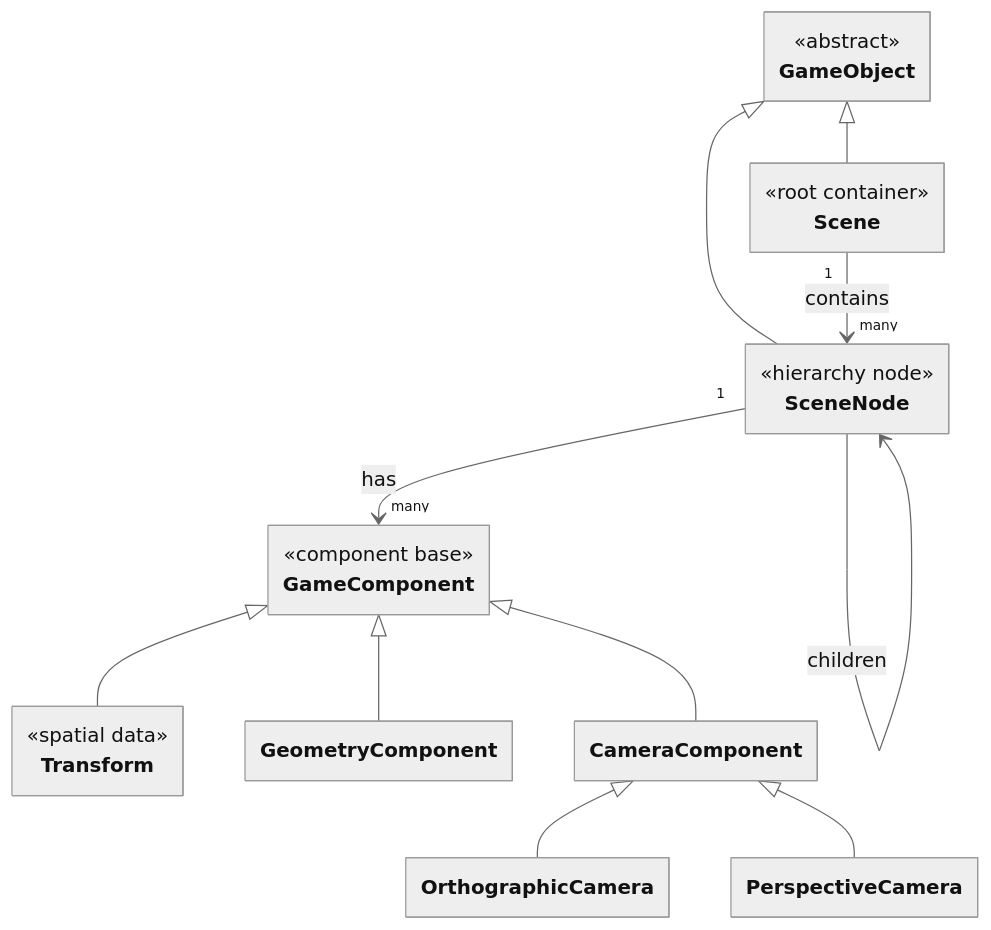
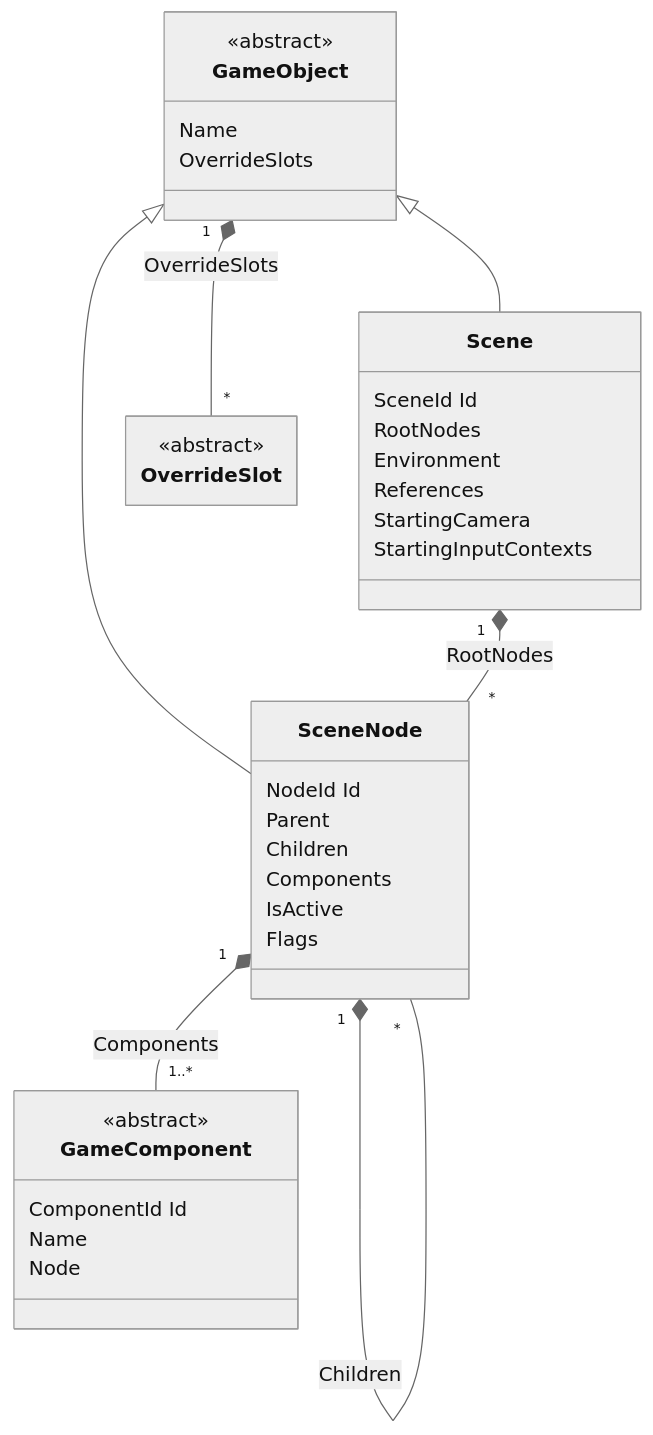
Before and after one commit to abdes/DroidNet: the second of 7 diagrams in projects/Oxygen.Editor.World/README.md, drawn with Mermaid (neutral theme). The commit also changed other lines of this file and 423 other files, not shown here.

````diff
--- a/projects/Oxygen.Editor.World/README.md
+++ b/projects/Oxygen.Editor.World/README.md
@@ -56,44 +70,47 @@
 ```mermaid
 ---
 config:
   class:
     hideEmptyMembersBox: true
 ---
 classDiagram
+    direction TB
+
     class GameObject {
+        <<abstract>>
+        Name
+        OverrideSlots
+    }
+    class Scene {
+        SceneId Id
+        RootNodes
+        Environment
+        References
+        StartingCamera
+        StartingInputContexts
+    }
+    class SceneNode {
+        NodeId Id
+        Parent
+        Children
+        Components
+        IsActive
+        Flags
+    }
+    class GameComponent {
+        <<abstract>>
+        ComponentId Id
+        Name
+        Node
+    }
+    class OverrideSlot {
         <<abstract>>
     }
 
-    class Scene {
-        <<root container>>
-    }
-
-    class SceneNode {
-        <<hierarchy node>>
-    }
-
-    class GameComponent {
-        <<component base>>
-    }
-
-    class Transform {
-        <<spatial data>>
-    }
-
-    class GeometryComponent
-    class CameraComponent
-    class OrthographicCamera
-    class PerspectiveCamera
-
     GameObject <|-- Scene
     GameObject <|-- SceneNode
-    GameComponent <|-- Transform
-    GameComponent <|-- GeometryComponent
-    GameComponent <|-- CameraComponent
-    CameraComponent <|-- OrthographicCamera
-    CameraComponent <|-- PerspectiveCamera
-
-    Scene "1" --> "many" SceneNode : contains
-    SceneNode "1" --> "many" GameComponent : has
-    SceneNode --> SceneNode : children
+    Scene "1" *-- "*" SceneNode : RootNodes
+    SceneNode "1" *-- "*" SceneNode : Children
+    SceneNode "1" *-- "1..*" GameComponent : Components
+    GameObject "1" *-- "*" OverrideSlot : OverrideSlots
 ```
````
